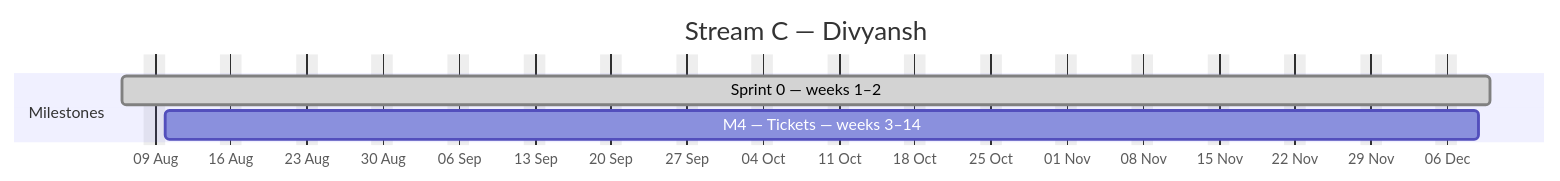
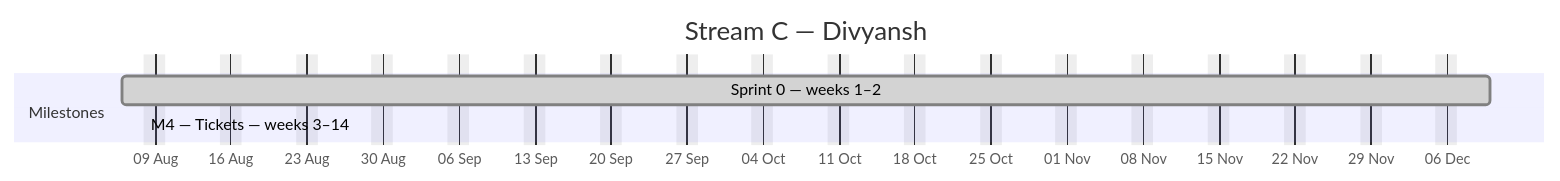
One commit to debashisedunext/EduTrack changed the third of 4 diagrams in docs/plan/GANTT.md. Above: the diagram before and after it, drawn with Mermaid. The commit also changed other lines of this file and 3 other files, not shown here.

````diff
--- a/docs/plan/GANTT.md
+++ b/docs/plan/GANTT.md
@@ -157,10 +156,10 @@
 ```mermaid
 gantt
     dateFormat YYYY-MM-DD
     axisFormat %d %b
     title Stream C — Divyansh
     excludes weekends
     section Milestones
     Sprint 0 — weeks 1–2 :done, c0, 2026-08-06, 90d
-    M4 — Tickets — weeks 3–14 :c1, 2026-08-10, 87d
+    M4 — Tickets — weeks 3–14 :active, c1, 2026-08-08, 0d
 ```
````
